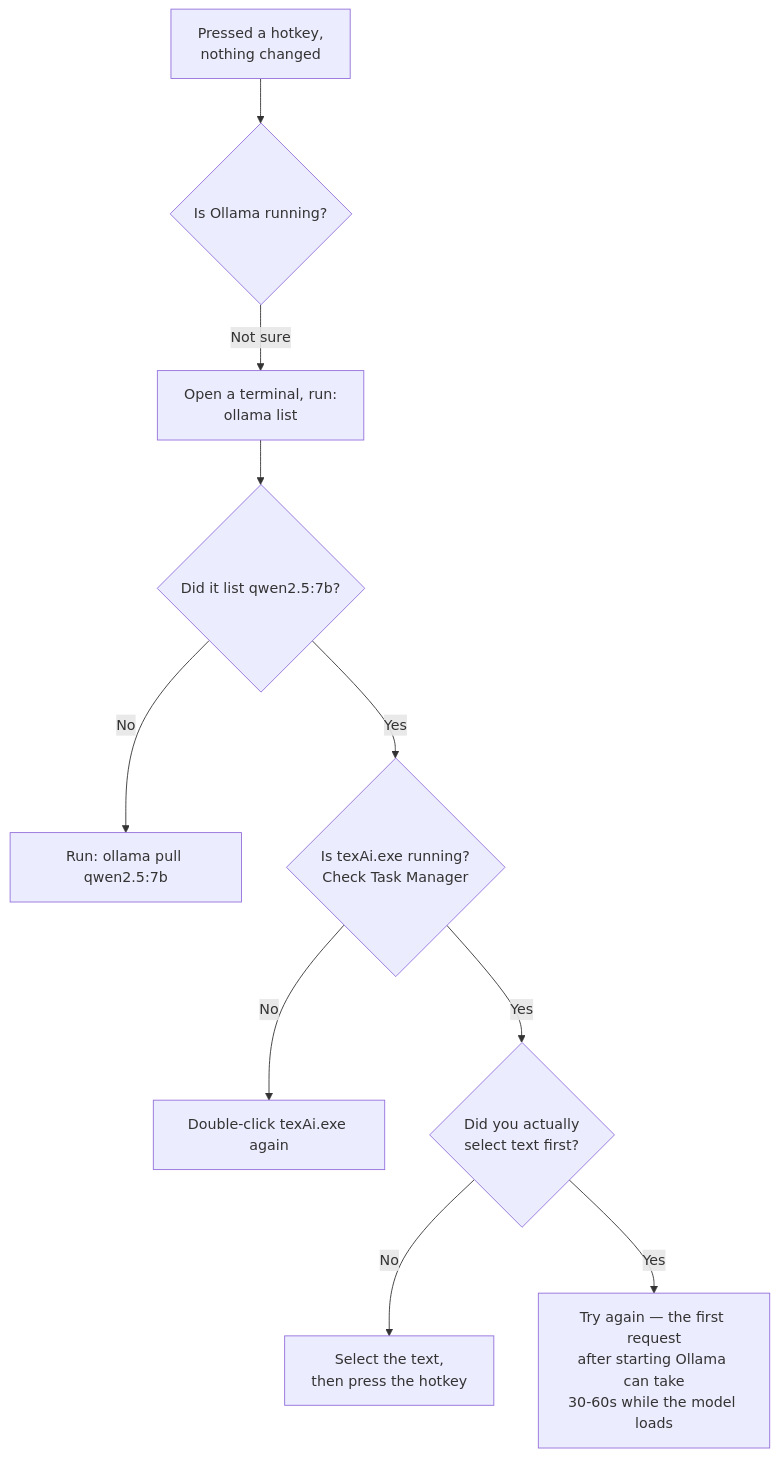
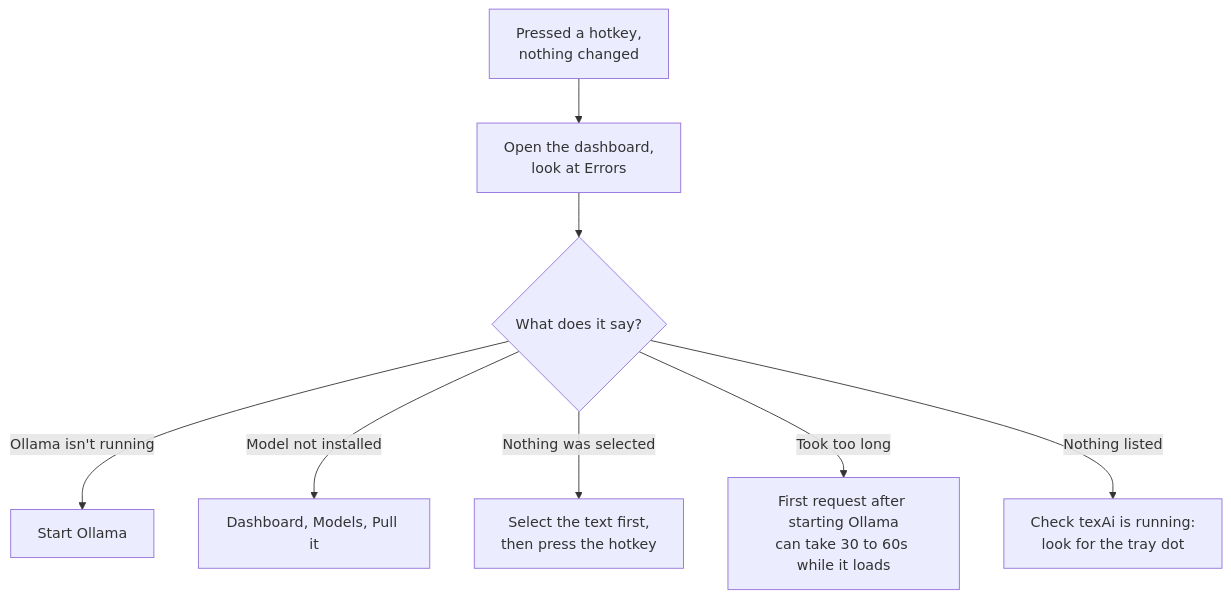
One commit to cthboss001/texai changed the fourth of 4 diagrams in USER_GUIDE.md. Above: the diagram before and after it, drawn with Mermaid. The commit also changed other lines of this file and 3 other files, not shown here.

First line of the commit message:
Rewrite the docs for what texAi actually is now, and bump the installer

````diff
--- a/USER_GUIDE.md
+++ b/USER_GUIDE.md
@@ -102,12 +127,10 @@
 ```mermaid
 flowchart TD
-    A[Pressed a hotkey,\nnothing changed] --> B{Is Ollama running?}
-    B -->|Not sure| C[Open a terminal, run:\nollama list]
-    C --> D{Did it list qwen2.5:7b?}
-    D -->|No| E[Run: ollama pull qwen2.5:7b]
-    D -->|Yes| F{Is texAi.exe running?\nCheck Task Manager}
-    F -->|No| G[Double-click texAi.exe again]
-    F -->|Yes| H{Did you actually\nselect text first?}
-    H -->|No| I[Select the text,\nthen press the hotkey]
-    H -->|Yes| J[Try again — the first request\nafter starting Ollama can take\n30-60s while the model loads]
+    A[Pressed a hotkey,<br/>nothing changed] --> B[Open the dashboard,<br/>look at Errors]
+    B --> C{What does it say?}
+    C -->|Ollama isn't running| D[Start Ollama]
+    C -->|Model not installed| E[Dashboard, Models, Pull it]
+    C -->|Nothing was selected| F[Select the text first,<br/>then press the hotkey]
+    C -->|Took too long| G[First request after starting Ollama<br/>can take 30 to 60s while it loads]
+    C -->|Nothing listed| H[Check texAi is running:<br/>look for the tray dot]
 ```
````
